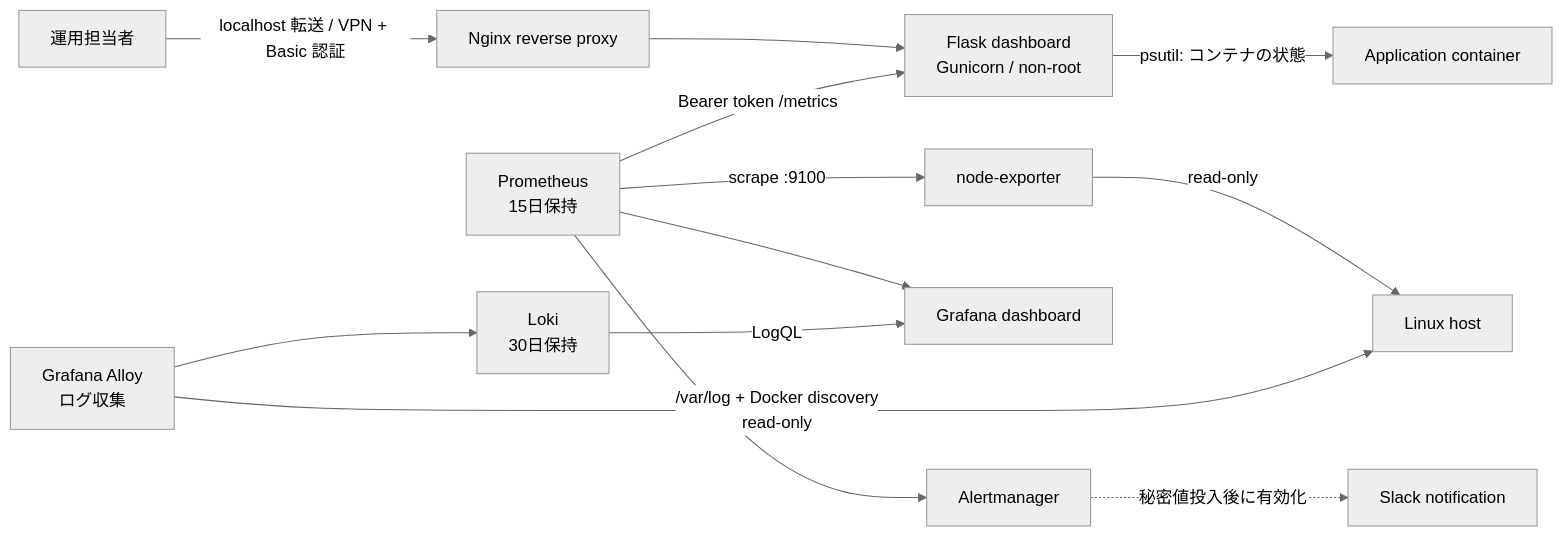
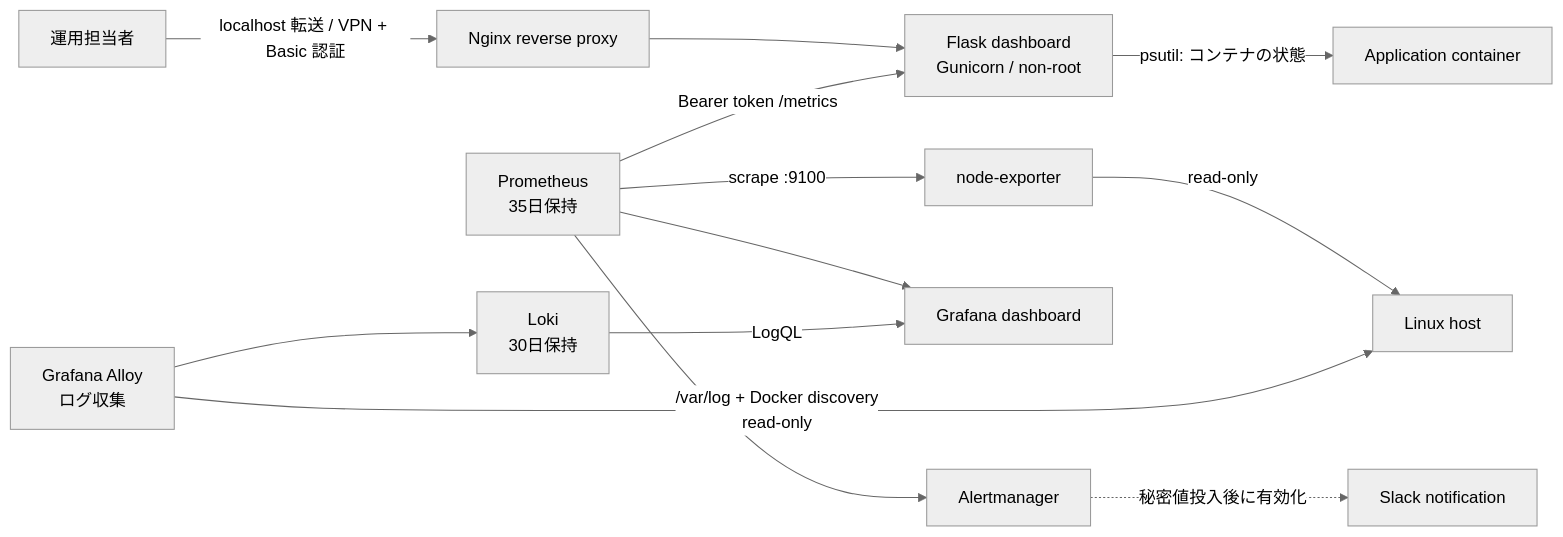
Before and after one commit to ns7jp/server: the first of 2 diagrams in docs/architecture.md, drawn with Mermaid (neutral theme). The commit also changed other lines of this file and 25 other files, not shown here.

````diff
--- a/docs/architecture.md
+++ b/docs/architecture.md
@@ -9,17 +9,17 @@
 ```mermaid
 flowchart LR
     User["運用担当者"] -->|"localhost 転送 / VPN + Basic 認証"| Nginx["Nginx reverse proxy"]
     Nginx --> App["Flask dashboard<br/>Gunicorn / non-root"]
     App -->|"psutil: コンテナの状態"| Container["Application container"]
 
-    Prom["Prometheus<br/>15日保持"] -->|"Bearer token /metrics"| App
+    Prom["Prometheus<br/>35日保持"] -->|"Bearer token /metrics"| App
     Prom -->|"scrape :9100"| Node["node-exporter"]
     Node -->|"read-only"| Host["Linux host"]
     Prom --> Grafana["Grafana dashboard"]
     Prom --> Alert["Alertmanager"]
     Alert -.->|"秘密値投入後に有効化"| Slack["Slack notification"]
 
     Alloy["Grafana Alloy<br/>ログ収集"] -->|"/var/log + Docker discovery<br/>read-only"| Host
     Alloy --> Loki["Loki<br/>30日保持"]
     Loki -->|"LogQL"| Grafana
 ```
````
